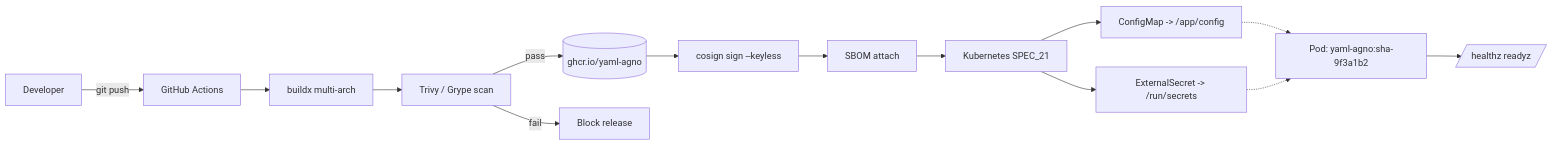
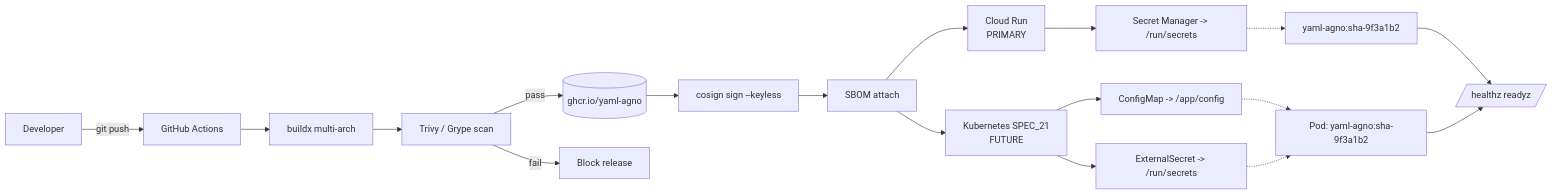
Before and after one commit to CENFARG/yaml-agno: the second of 2 diagrams in specs/SPEC_20_DOCKER_BUILD.md, drawn with Mermaid. The commit also changed other lines of this file and 5 other files, not shown here.

First line of the commit message:
refactor(spec-20/25): iteración 1 - Cloud Run primario + K8s futuro (R14), swap SPEC_22

````diff
--- a/specs/SPEC_20_DOCKER_BUILD.md
+++ b/specs/SPEC_20_DOCKER_BUILD.md
@@ -711,16 +748,20 @@
 ```mermaid
 flowchart LR
     DEV[Developer] -->|git push| CI[GitHub Actions]
     CI --> BX[buildx multi-arch]
     BX --> SCAN[Trivy / Grype scan]
     SCAN -->|pass| REG[(ghcr.io/yaml-agno)]
     SCAN -->|fail| BLOCK[Block release]
     REG --> SIGN[cosign sign --keyless]
     SIGN --> SBOM[SBOM attach]
-    SBOM --> K8S[Kubernetes SPEC_21]
+    SBOM --> CR[Cloud Run<br/>PRIMARY]
+    SBOM --> K8S[Kubernetes SPEC_21<br/>FUTURE]
+    CR --> CRSEC[Secret Manager -> /run/secrets]
     K8S --> CMOUNT[ConfigMap -> /app/config]
     K8S --> SMOUNT[ExternalSecret -> /run/secrets]
+    CRSEC -.-> SVC[yaml-agno:sha-9f3a1b2]
     CMOUNT -.-> POD[Pod: yaml-agno:sha-9f3a1b2]
     SMOUNT -.-> POD
+    SVC --> HC[/healthz readyz/]
     POD --> HC[/healthz readyz/]
 ```
````
